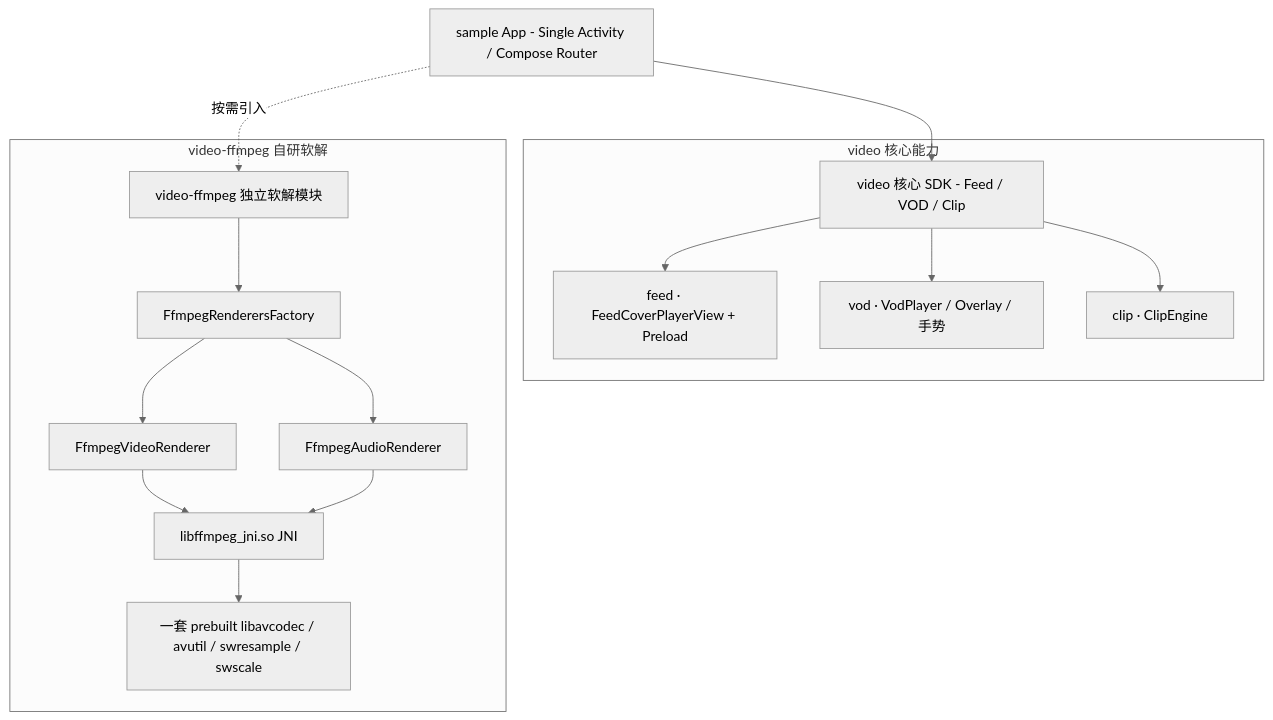
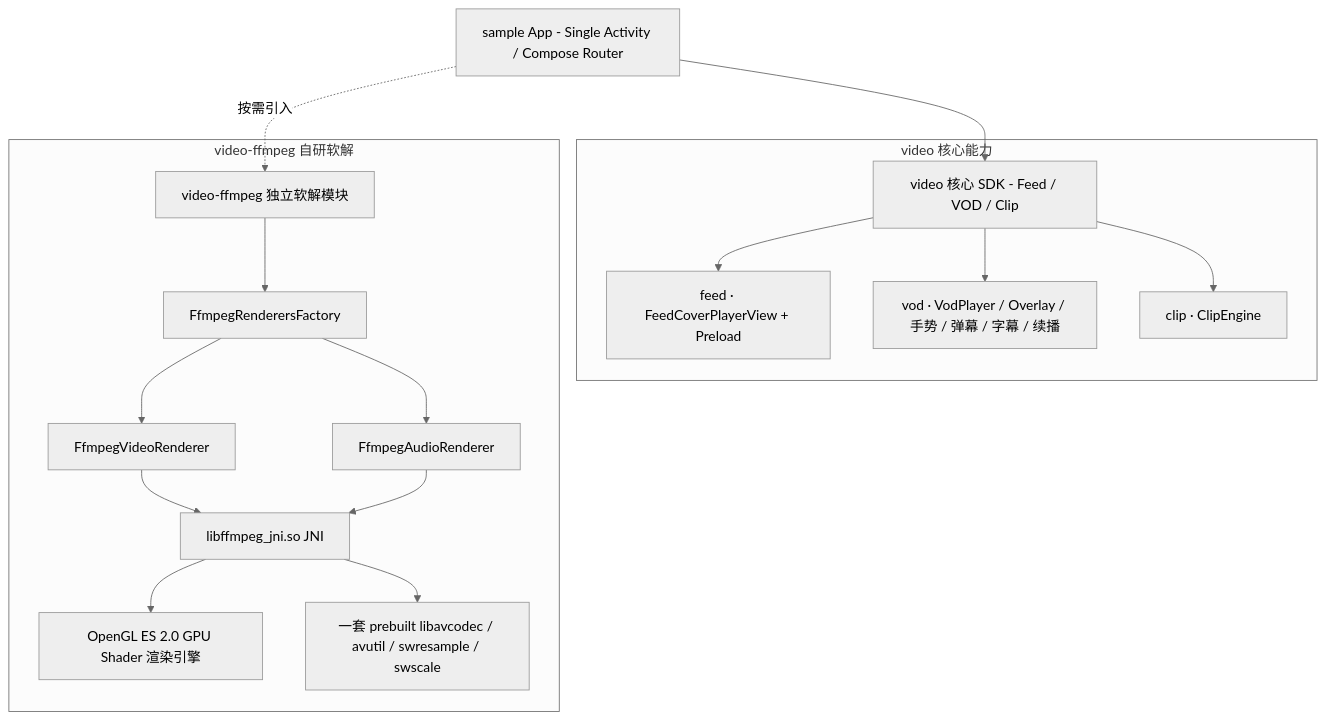
The diagram in README.md (e-hai/VideoKit-Android), drawn with Mermaid (neutral theme) before and after one commit. The commit also changed other lines of this file and 10 other files, not shown here.

````diff
--- a/README.md
+++ b/README.md
@@ -17,20 +17,21 @@
 ```mermaid
 graph TD
     App[sample App - Single Activity / Compose Router] --> CoreVideo[video 核心 SDK - Feed / VOD / Clip]
     App -. 按需引入 .-> FFmpegModule[video-ffmpeg 独立软解模块]
 
     subgraph video 核心能力
         CoreVideo --> Feed[feed · FeedCoverPlayerView + Preload]
-        CoreVideo --> Vod[vod · VodPlayer / Overlay / 手势]
+        CoreVideo --> Vod[vod · VodPlayer / Overlay / 手势 / 弹幕 / 字幕 / 续播]
         CoreVideo --> Clip[clip · ClipEngine]
     end
 
     subgraph video-ffmpeg 自研软解
         FFmpegModule --> Factory[FfmpegRenderersFactory]
         Factory --> VRen[FfmpegVideoRenderer]
         Factory --> ARen[FfmpegAudioRenderer]
         VRen --> JNI[libffmpeg_jni.so JNI]
         ARen --> JNI
+        JNI --> GL[OpenGL ES 2.0 GPU Shader 渲染引擎]
         JNI --> SO[一套 prebuilt libavcodec / avutil / swresample / swscale]
     end
 ```
````
